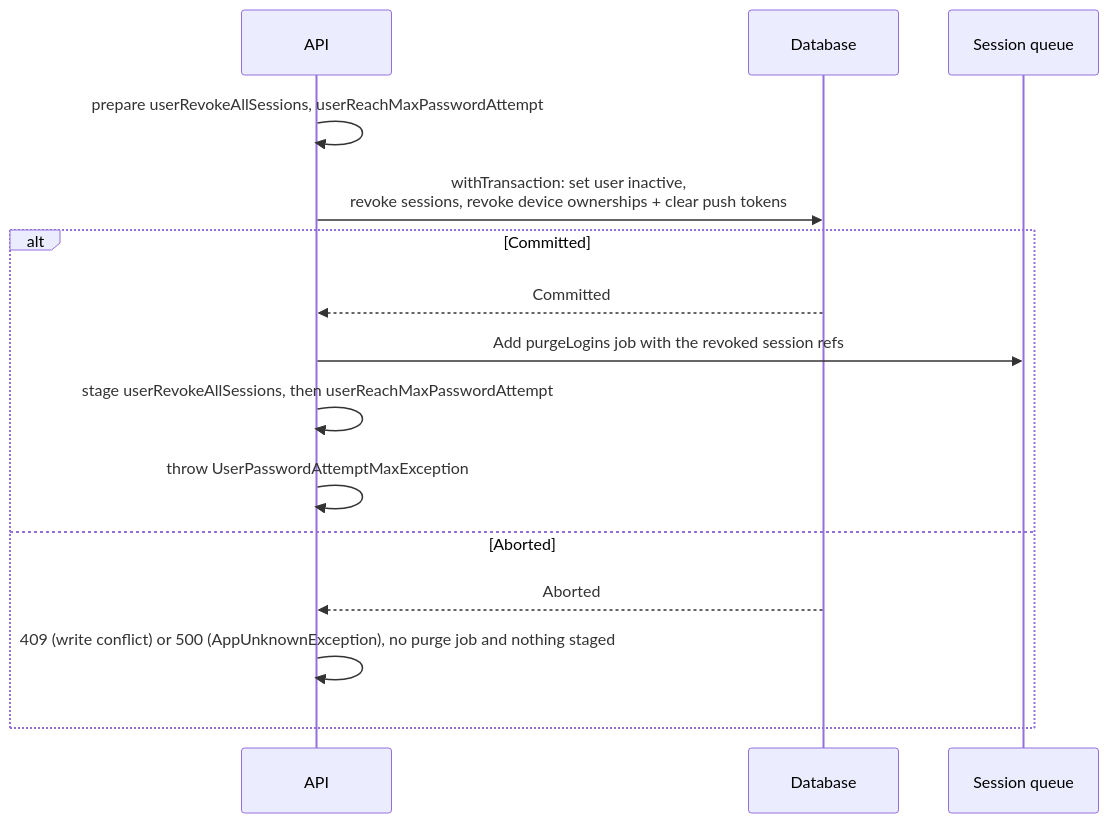
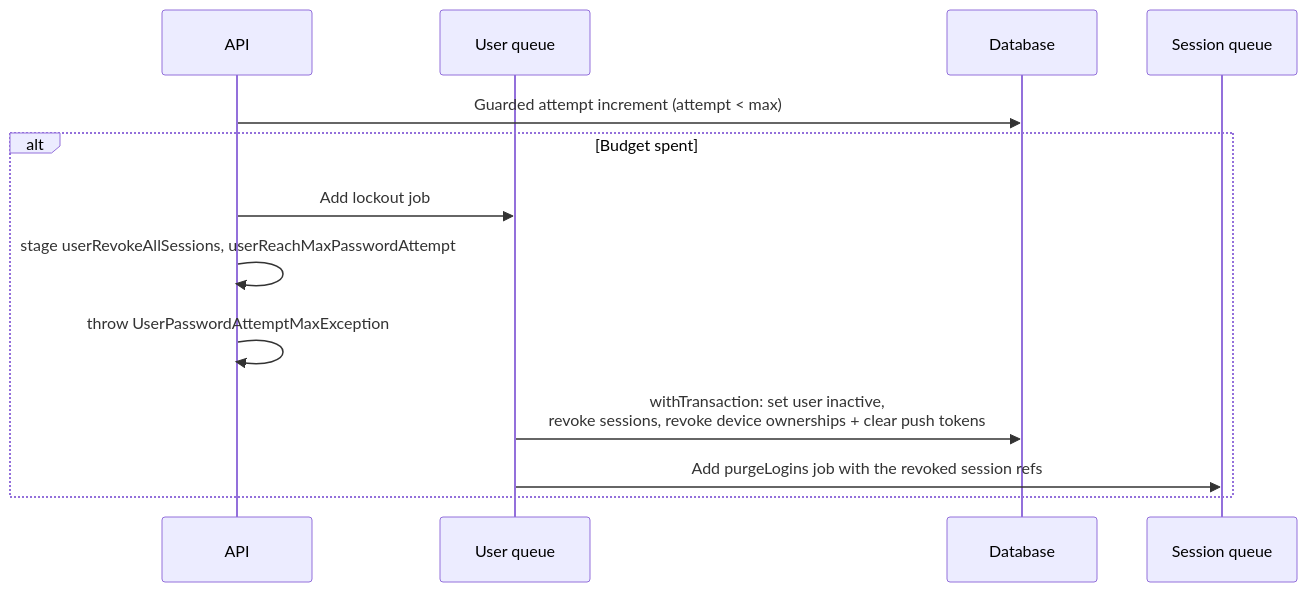
One commit to andrechristikan/ack-nestjs-boilerplate changed the third of 10 diagrams in docs/authentication.md. Above: the diagram before and after it, drawn with Mermaid. The commit also changed other lines of this file and 95 other files, not shown here.

Commit message:
feat(user): resend verification on unverified login and hold one signed-in user per device

````diff
--- a/docs/authentication.md
+++ b/docs/authentication.md
@@ -350,18 +359,16 @@
 ```mermaid
 sequenceDiagram
     participant API
+    participant UserQueue as User queue
     participant Database
-    participant Queue as Session queue
+    participant SessionQueue as Session queue
 
-    API->>API: prepare userRevokeAllSessions, userReachMaxPasswordAttempt
-    API->>Database: withTransaction: set user inactive,<br/>revoke sessions, revoke device ownerships + clear push tokens
-    alt Committed
-        Database-->>API: Committed
-        API->>Queue: Add purgeLogins job with the revoked session refs
-        API->>API: stage userRevokeAllSessions, then userReachMaxPasswordAttempt
+    API->>Database: Guarded attempt increment (attempt < max)
+    alt Budget spent
+        API->>UserQueue: Add lockout job
+        API->>API: stage userRevokeAllSessions, userReachMaxPasswordAttempt
         API->>API: throw UserPasswordAttemptMaxException
-    else Aborted
-        Database-->>API: Aborted
-        API->>API: 409 (write conflict) or 500 (AppUnknownException), no purge job and nothing staged
+        UserQueue->>Database: withTransaction: set user inactive,<br/>revoke sessions, revoke device ownerships + clear push tokens
+        UserQueue->>SessionQueue: Add purgeLogins job with the revoked session refs
     end
 ```
````
